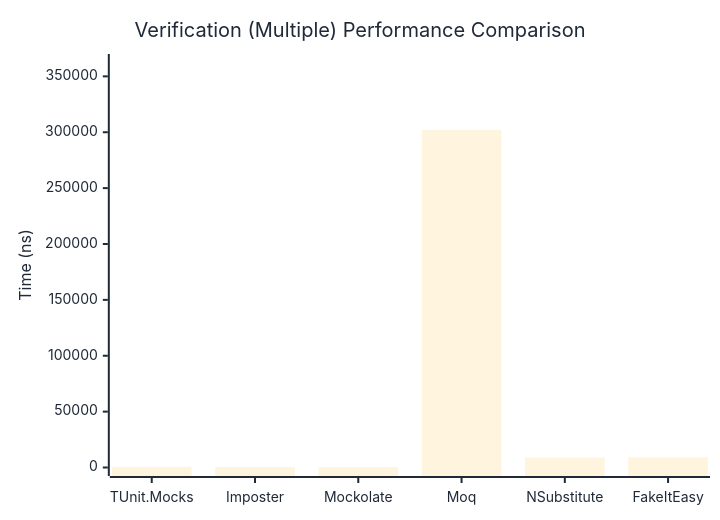
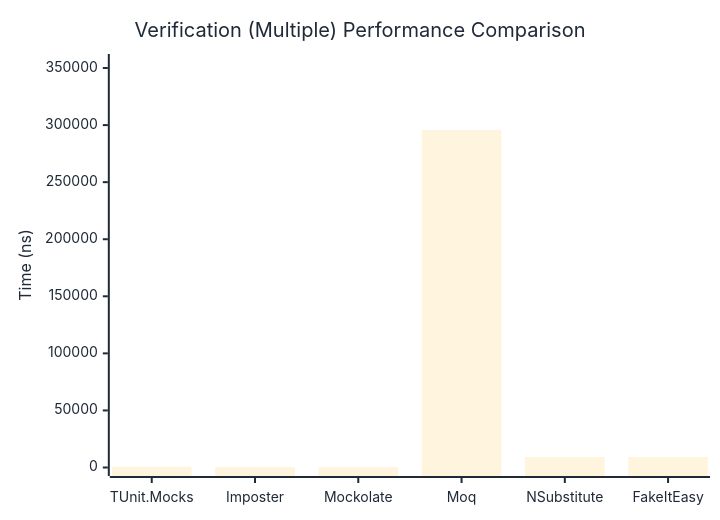
One commit to thomhurst/TUnit changed the third of 3 diagrams in docs/docs/benchmarks/mocks/Verification.md. Above: the diagram before and after it, drawn with Mermaid. The commit also changed other lines of this file and 14 other files, not shown here.

````diff
--- a/docs/docs/benchmarks/mocks/Verification.md
+++ b/docs/docs/benchmarks/mocks/Verification.md
@@ -112,27 +112,27 @@
 ```mermaid
 %%{init: {
   'theme':'base',
   'themeVariables': {
     'primaryColor': '#2563eb',
     'primaryTextColor': '#1f2937',
     'primaryBorderColor': '#1e40af',
     'lineColor': '#6b7280',
     'secondaryColor': '#7c3aed',
     'tertiaryColor': '#dc2626',
     'background': '#ffffff',
     'pie1': '#2563eb',
     'pie2': '#7c3aed',
     'pie3': '#dc2626',
     'pie4': '#f59e0b',
     'pie5': '#10b981',
     'pie6': '#06b6d4',
     'pie7': '#ec4899',
     'pie8': '#6366f1'
   }
 }}%%
 xychart-beta
   title "Verification (Multiple) Performance Comparison"
   x-axis ["TUnit.Mocks", "Imposter", "Mockolate", "Moq", "NSubstitute", "FakeItEasy"]
-  y-axis "Time (ns)" 0 --> 362401
-  bar [597.48, 502.68, 317.7, 302000.19, 8935.32, 9128.87]
+  y-axis "Time (ns)" 0 --> 354844
+  bar [626.79, 482.69, 322.26, 295703.24, 9160, 9252.41]
 ```
````
